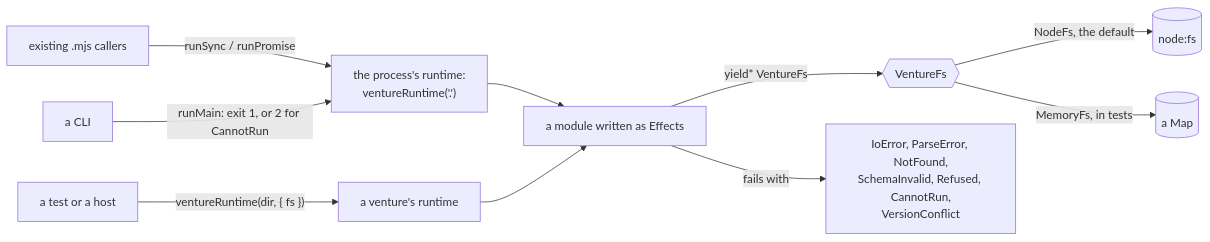
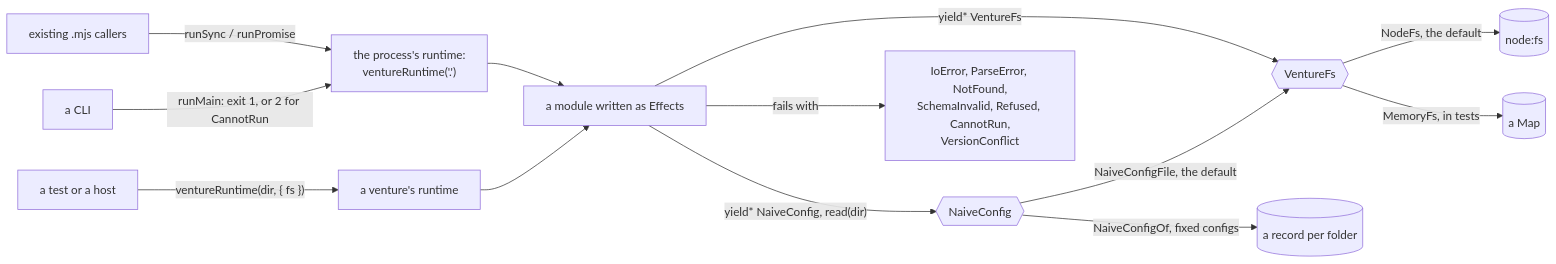
The first of 2 diagrams in packages/naive/src/core/effect/README.md (tchjhnsn/Naive), drawn with Mermaid before and after one commit. The commit also changed other lines of this file and 7 other files, not shown here.

First line of the commit message:
feat(core): naive.config.json as the NaiveConfig Effect service (EE-161, phase 3) (#95)

````diff
--- a/packages/naive/src/core/effect/README.md
+++ b/packages/naive/src/core/effect/README.md
@@ -9,12 +9,15 @@
 ```mermaid
 flowchart LR
   OLD["existing .mjs callers"] -->|runSync / runPromise| PROC["the process's runtime:<br/>ventureRuntime('.')"]
   CLI["a CLI"] -->|runMain: exit 1, or 2 for CannotRun| PROC
   HOST["a test or a host"] -->|"ventureRuntime(dir, { fs })"| RT["a venture's runtime"]
   PROC --> EFF["a module written as Effects"]
   RT --> EFF
   EFF -->|yield* VentureFs| FS{{VentureFs}}
   FS -->|NodeFs, the default| DISK[(node:fs)]
   FS -->|MemoryFs, in tests| MEM[(a Map)]
+  EFF -->|"yield* NaiveConfig, read(dir)"| CFG{{NaiveConfig}}
+  CFG -->|NaiveConfigFile, the default| FS
+  CFG -->|NaiveConfigOf, fixed configs| FIX[(a record per folder)]
   EFF -->|fails with| ERR["IoError, ParseError, NotFound,<br/>SchemaInvalid, Refused, CannotRun,<br/>VersionConflict"]
 ```
````
